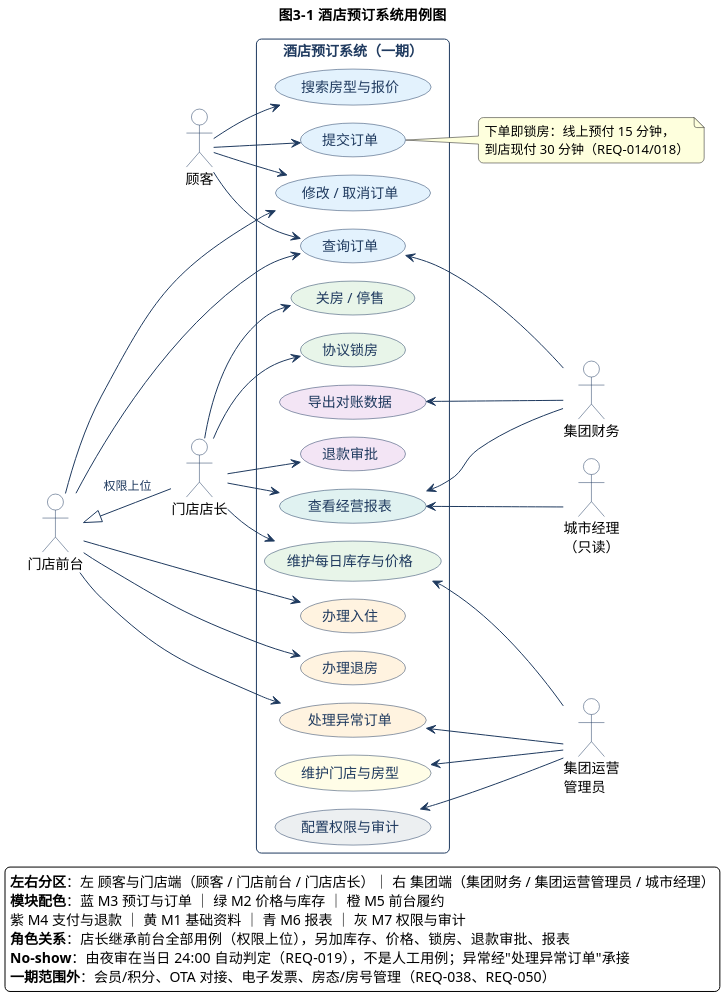
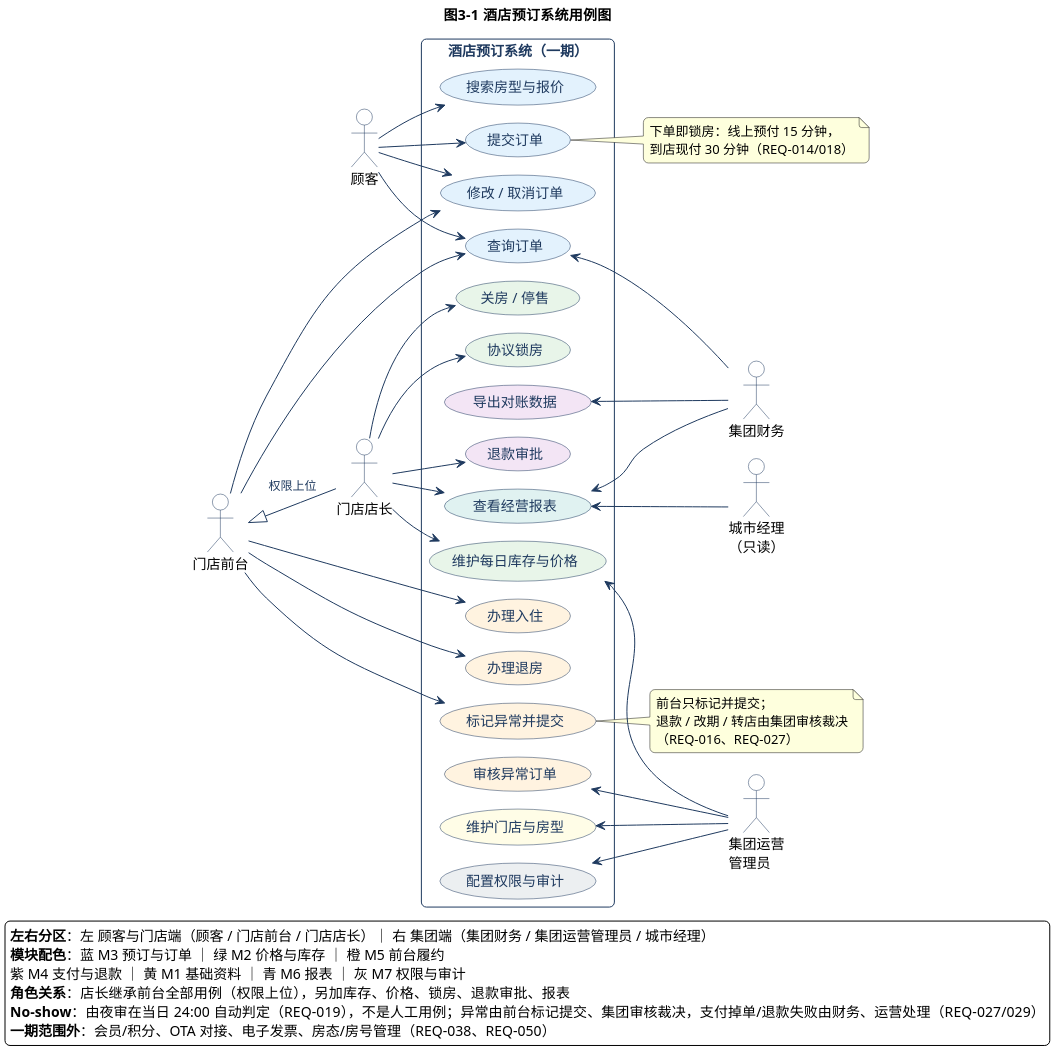
Before and after one commit to Ash-Klein/hotel-booking-system: the diagram in lab2/UML/UML用例图.puml, drawn with PlantUML. The commit also changed 24 other files, not shown here.

```diff
--- a/lab2/UML/UML用例图.puml
+++ b/lab2/UML/UML用例图.puml
@@ -1,93 +1,100 @@
 @startuml UML用例图
 !pragma layout smetana
 skinparam defaultFontName "Microsoft YaHei"
 skinparam dpi 200
 skinparam shadowing false
 skinparam backgroundColor #FFFFFF
 skinparam roundCorner 10
 skinparam ArrowColor #1F3A5F
 skinparam ArrowFontColor #1F3A5F
 skinparam ArrowFontSize 12
 skinparam usecaseBorderColor #1F3A5F
 skinparam usecaseFontColor #1F3A5F
 skinparam actorBorderColor #1F3A5F
 skinparam actorBackgroundColor #FFFFFF
 skinparam rectangleBorderColor #1F3A5F
 skinparam rectangleFontColor #1F3A5F
 left to right direction
 title 图3-1  酒店预订系统用例图
 
 actor "顾客" as Guest
 actor "门店前台" as Front
 actor "门店店长" as Manager
 actor "集团财务" as Finance
 actor "集团运营\n管理员" as Admin
 actor "城市经理\n（只读）" as City
 
 rectangle "酒店预订系统（一期）" {
   usecase "搜索房型与报价" as UC_Search #E3F2FD
   usecase "提交订单" as UC_Submit #E3F2FD
   usecase "修改 / 取消订单" as UC_Change #E3F2FD
   usecase "查询订单" as UC_Query #E3F2FD
 
   usecase "维护每日库存与价格" as UC_Inv #E8F5E9
   usecase "关房 / 停售" as UC_Close #E8F5E9
   usecase "协议锁房" as UC_Lock #E8F5E9
 
   usecase "办理入住" as UC_CheckIn #FFF3E0
   usecase "办理退房" as UC_CheckOut #FFF3E0
-  usecase "处理异常订单" as UC_Exception #FFF3E0
+  usecase "标记异常并提交" as UC_Exception #FFF3E0
+  usecase "审核异常订单" as UC_ExceptionAudit #FFF3E0
 
   usecase "退款审批" as UC_Approve #F3E5F5
   usecase "导出对账数据" as UC_Recon #F3E5F5
 
   usecase "维护门店与房型" as UC_Base #FFFDE7
   usecase "查看经营报表" as UC_Report #E0F2F1
   usecase "配置权限与审计" as UC_RoleLog #ECEFF1
 }
 
 Guest --> UC_Search
 Guest --> UC_Submit
 Guest --> UC_Change
 Guest --> UC_Query
 
 Front --> UC_CheckIn
 Front --> UC_CheckOut
 Front --> UC_Change
 Front --> UC_Exception
 Front --> UC_Query
 
 Front <|-- Manager : 权限上位
 
 Manager --> UC_Inv
 Manager --> UC_Close
 Manager --> UC_Lock
 Manager --> UC_Approve
 Manager --> UC_Report
 
 UC_Recon <-- Finance
 UC_Report <-- Finance
 UC_Query <-- Finance
 
 UC_Base <-- Admin
 UC_RoleLog <-- Admin
 UC_Inv <-- Admin
-UC_Exception <-- Admin
+UC_ExceptionAudit <-- Admin
 
 UC_Report <-- City
 
 note right of UC_Submit
   下单即锁房：线上预付 15 分钟，
   到店现付 30 分钟（REQ-014/018）
 end note
 
+note right of UC_Exception
+  前台只标记并提交；
+  退款 / 改期 / 转店由集团审核裁决
+  （REQ-016、REQ-027）
+end note
+
 legend bottom
   <b>左右分区</b>：左 顾客与门店端（顾客 / 门店前台 / 门店店长）｜ 右 集团端（集团财务 / 集团运营管理员 / 城市经理）
   <b>模块配色</b>：蓝 M3 预订与订单 ｜ 绿 M2 价格与库存 ｜ 橙 M5 前台履约
   紫 M4 支付与退款 ｜ 黄 M1 基础资料 ｜ 青 M6 报表 ｜ 灰 M7 权限与审计
   <b>角色关系</b>：店长继承前台全部用例（权限上位），另加库存、价格、锁房、退款审批、报表
-  <b>No-show</b>：由夜审在当日 24:00 自动判定（REQ-019），不是人工用例；异常经"处理异常订单"承接
+  <b>No-show</b>：由夜审在当日 24:00 自动判定（REQ-019），不是人工用例；异常由前台标记提交、集团审核裁决，支付掉单/退款失败由财务、运营处理（REQ-027/029）
   <b>一期范围外</b>：会员/积分、OTA 对接、电子发票、房态/房号管理（REQ-038、REQ-050）
 endlegend
 
 @enduml
```
